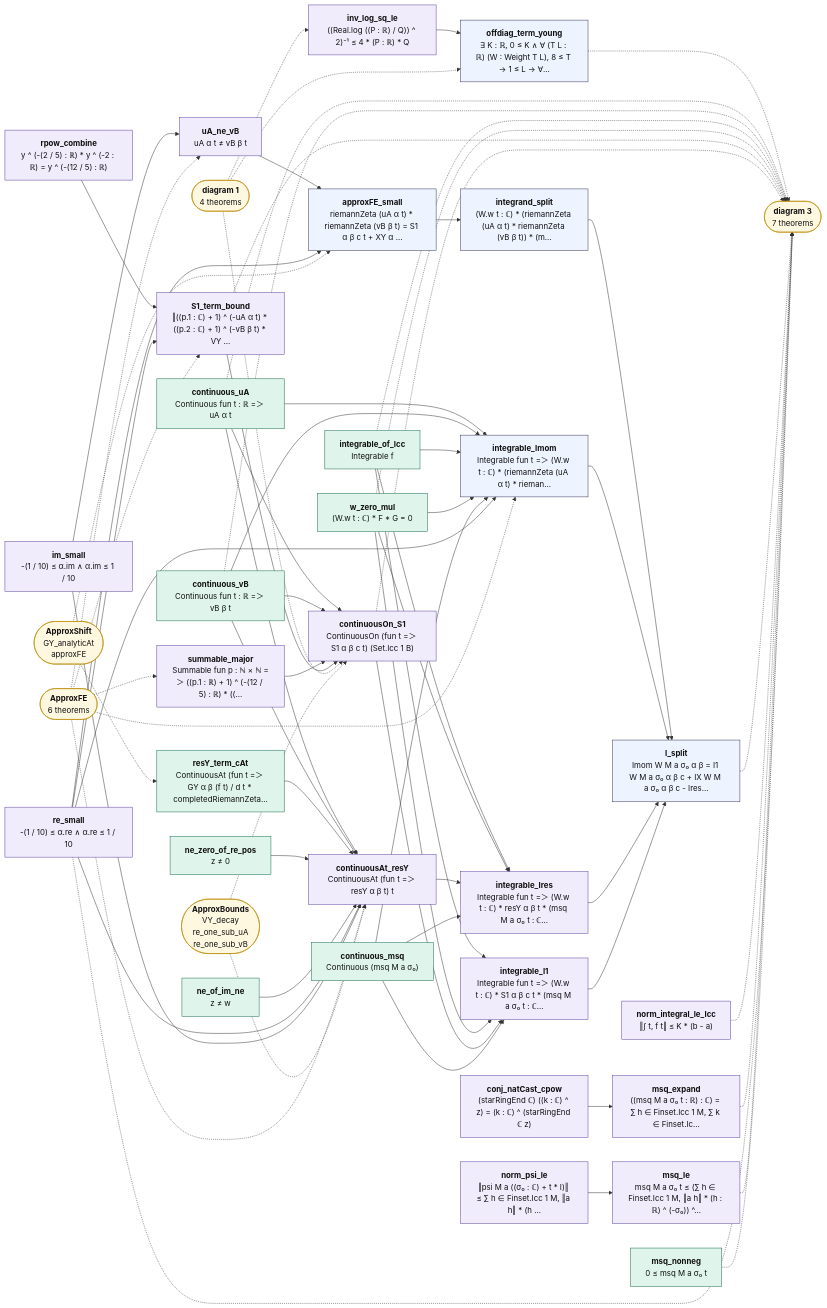
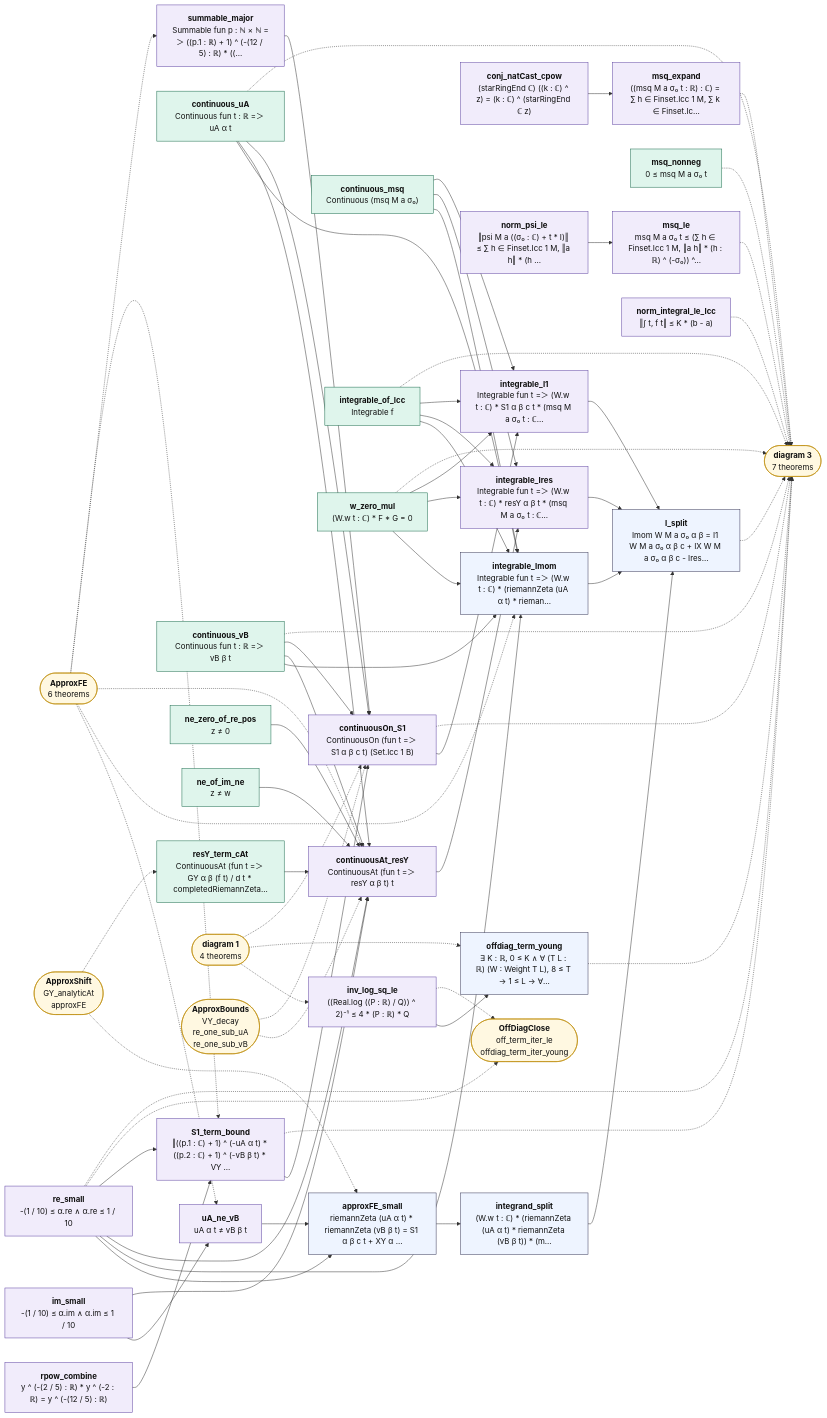
One commit to juliansambranojr/Primebeat_081426 changed the diagram in map/lean_stage3/TwistedMoment.2.mmd. Above: the diagram before and after it, drawn with Mermaid. The commit also changed 23 other files, not shown here.

```diff
--- a/map/lean_stage3/TwistedMoment.2.mmd
+++ b/map/lean_stage3/TwistedMoment.2.mmd
@@ -1,107 +1,110 @@
 flowchart LR
   n0["<b>inv_log_sq_le</b><br/>((Real.log ((P : ℝ) / Q)) ^ 2)⁻¹ ≤ 4 * (P : ℝ) * Q"]:::shp
   n1["<b>offdiag_term_young</b><br/>∃ K : ℝ, 0 ≤ K ∧ ∀ (T L : ℝ) (W : Weight T L), 8 ≤ T → 1 ≤ L → ∀…"]:::thm
   n2["<b>conj_natCast_cpow</b><br/>(starRingEnd ℂ) ((k : ℂ) ^ z) = (k : ℂ) ^ (starRingEnd ℂ z)"]:::shp
   n3["<b>msq_expand</b><br/>((msq M a σ₀ t : ℝ) : ℂ) = ∑ h ∈ Finset.Icc 1 M, ∑ k ∈ Finset.Ic…"]:::shp
   n4["<b>norm_psi_le</b><br/>‖psi M a ((σ₀ : ℂ) + t * I)‖ ≤ ∑ h ∈ Finset.Icc 1 M, ‖a h‖ * (h …"]:::shp
   n5["<b>msq_le</b><br/>msq M a σ₀ t ≤ (∑ h ∈ Finset.Icc 1 M, ‖a h‖ * (h : ℝ) ^ (-σ₀)) ^…"]:::shp
   n6["<b>msq_nonneg</b><br/>0 ≤ msq M a σ₀ t"]:::cnt
   n7["<b>continuous_msq</b><br/>Continuous (msq M a σ₀)"]:::cnt
   n8["<b>re_small</b><br/>-(1 / 10) ≤ α.re ∧ α.re ≤ 1 / 10"]:::shp
   n9["<b>im_small</b><br/>-(1 / 10) ≤ α.im ∧ α.im ≤ 1 / 10"]:::shp
   n10["<b>uA_ne_vB</b><br/>uA α t ≠ vB β t"]:::shp
   n11["<b>approxFE_small</b><br/>riemannZeta (uA α t) * riemannZeta (vB β t) = S1 α β c t + XY α …"]:::thm
   n12["<b>integrand_split</b><br/>(W.w t : ℂ) * (riemannZeta (uA α t) * riemannZeta (vB β t)) * (m…"]:::thm
   n13["<b>continuous_uA</b><br/>Continuous fun t : ℝ =＞ uA α t"]:::cnt
   n14["<b>continuous_vB</b><br/>Continuous fun t : ℝ =＞ vB β t"]:::cnt
   n15["<b>integrable_of_Icc</b><br/>Integrable f"]:::cnt
   n16["<b>w_zero_mul</b><br/>(W.w t : ℂ) * F * G = 0"]:::cnt
   n17["<b>integrable_Imom</b><br/>Integrable fun t =＞ (W.w t : ℂ) * (riemannZeta (uA α t) * rieman…"]:::thm
   n18["<b>resY_term_cAt</b><br/>ContinuousAt (fun t =＞ GY α β (f t) / d t * completedRiemannZeta…"]:::cnt
   n19["<b>ne_zero_of_re_pos</b><br/>z ≠ 0"]:::cnt
   n20["<b>ne_of_im_ne</b><br/>z ≠ w"]:::cnt
   n21["<b>continuousAt_resY</b><br/>ContinuousAt (fun t =＞ resY α β t) t"]:::shp
   n22["<b>integrable_Ires</b><br/>Integrable fun t =＞ (W.w t : ℂ) * resY α β t * (msq M a σ₀ t : ℂ…"]:::shp
   n23["<b>summable_major</b><br/>Summable fun p : ℕ × ℕ =＞ ((p.1 : ℝ) + 1) ^ (-(12 / 5) : ℝ) * ((…"]:::shp
   n24["<b>rpow_combine</b><br/>y ^ (-(2 / 5) : ℝ) * y ^ (-2 : ℝ) = y ^ (-(12 / 5) : ℝ)"]:::shp
   n25["<b>S1_term_bound</b><br/>‖((p.1 : ℂ) + 1) ^ (-uA α t) * ((p.2 : ℂ) + 1) ^ (-vB β t) * VY …"]:::shp
   n26["<b>continuousOn_S1</b><br/>ContinuousOn (fun t =＞ S1 α β c t) (Set.Icc 1 B)"]:::shp
   n27["<b>integrable_I1</b><br/>Integrable fun t =＞ (W.w t : ℂ) * S1 α β c t * (msq M a σ₀ t : ℂ…"]:::shp
   n28["<b>I_split</b><br/>Imom W M a σ₀ α β = I1 W M a σ₀ α β c + IX W M a σ₀ α β c - Ires…"]:::thm
   n29["<b>norm_integral_le_Icc</b><br/>‖∫ t, f t‖ ≤ K * (b - a)"]:::shp
   x0(["<b>diagram 1</b><br/>4 theorems"]):::ext
-  x1(["<b>diagram 3</b><br/>7 theorems"]):::ext
-  x2(["<b>ApproxFE</b><br/>6 theorems"]):::ext
-  x3(["<b>ApproxShift</b><br/>GY_analyticAt<br/>approxFE"]):::ext
-  x4(["<b>ApproxBounds</b><br/>VY_decay<br/>re_one_sub_uA<br/>re_one_sub_vB"]):::ext
+  x1(["<b>OffDiagClose</b><br/>off_term_iter_le<br/>offdiag_term_iter_young"]):::ext
+  x2(["<b>diagram 3</b><br/>7 theorems"]):::ext
+  x3(["<b>ApproxFE</b><br/>6 theorems"]):::ext
+  x4(["<b>ApproxShift</b><br/>GY_analyticAt<br/>approxFE"]):::ext
+  x5(["<b>ApproxBounds</b><br/>VY_decay<br/>re_one_sub_uA<br/>re_one_sub_vB"]):::ext
   n0 --> n1
   n10 --> n11
   n11 --> n12
   n12 --> n28
   n13 --> n17
   n13 --> n21
   n13 --> n26
   n14 --> n17
   n14 --> n21
   n14 --> n26
   n15 --> n17
   n15 --> n22
   n15 --> n27
   n16 --> n17
   n16 --> n22
   n16 --> n27
   n17 --> n28
   n18 --> n21
   n19 --> n21
   n2 --> n3
   n20 --> n21
   n21 --> n22
   n22 --> n28
   n23 --> n26
   n24 --> n25
   n25 --> n26
   n26 --> n27
   n27 --> n28
   n4 --> n5
   n7 --> n17
   n7 --> n22
   n7 --> n27
   n8 --> n11
   n8 --> n17
   n8 --> n21
   n8 --> n25
   n9 --> n10
   n9 --> n21
-  n1 -.-> x1
-  n13 -.-> x1
-  n14 -.-> x1
-  n15 -.-> x1
-  n16 -.-> x1
-  n25 -.-> x1
-  n26 -.-> x1
-  n28 -.-> x1
-  n29 -.-> x1
-  n3 -.-> x1
-  n5 -.-> x1
-  n6 -.-> x1
+  n0 -.-> x1
+  n1 -.-> x2
+  n13 -.-> x2
+  n14 -.-> x2
+  n15 -.-> x2
+  n16 -.-> x2
+  n25 -.-> x2
+  n26 -.-> x2
+  n28 -.-> x2
+  n29 -.-> x2
+  n3 -.-> x2
+  n5 -.-> x2
+  n6 -.-> x2
   n8 -.-> x1
+  n8 -.-> x2
   x0 -.-> n0
   x0 -.-> n1
   x0 -.-> n26
-  x2 -.-> n10
-  x2 -.-> n17
-  x2 -.-> n21
-  x2 -.-> n23
-  x2 -.-> n25
-  x3 -.-> n11
-  x3 -.-> n18
-  x4 -.-> n21
-  x4 -.-> n26
+  x3 -.-> n10
+  x3 -.-> n17
+  x3 -.-> n21
+  x3 -.-> n23
+  x3 -.-> n25
+  x4 -.-> n11
+  x4 -.-> n18
+  x5 -.-> n21
+  x5 -.-> n26
   classDef cnt fill:#dff5ec,stroke:#17694a,color:#111
   classDef shp fill:#f1ecfb,stroke:#5b3fa0,color:#111
   classDef rh fill:#ffe5e5,stroke:#c22,color:#111,stroke-width:2px
   classDef thm fill:#eef4ff,stroke:#335,color:#111
   classDef end_ fill:#e7f7e7,stroke:#2a7,color:#111,stroke-width:2px
   classDef lone fill:#fff,stroke:#999,color:#111,stroke-dasharray:4 3
   classDef bad fill:#ffe5e5,stroke:#c22,color:#111,stroke-width:2px
   classDef ext fill:#fff8e1,stroke:#b80,color:#111
```
